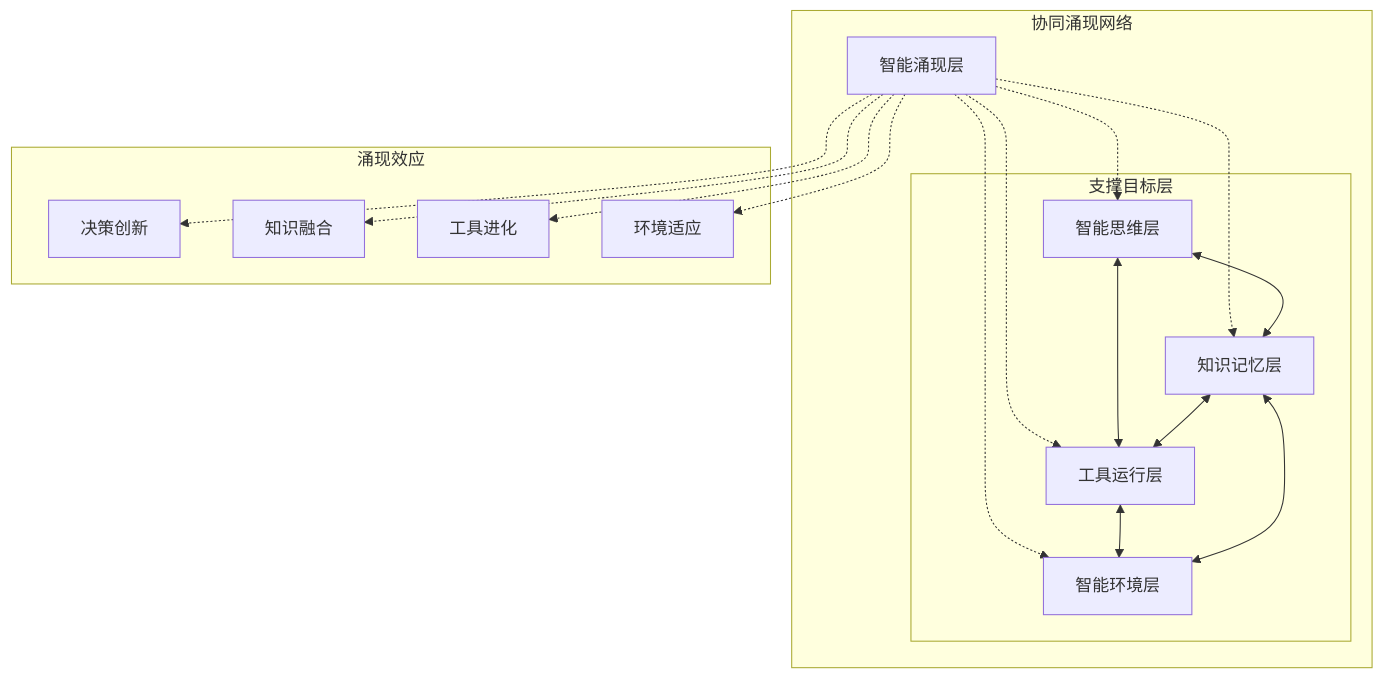
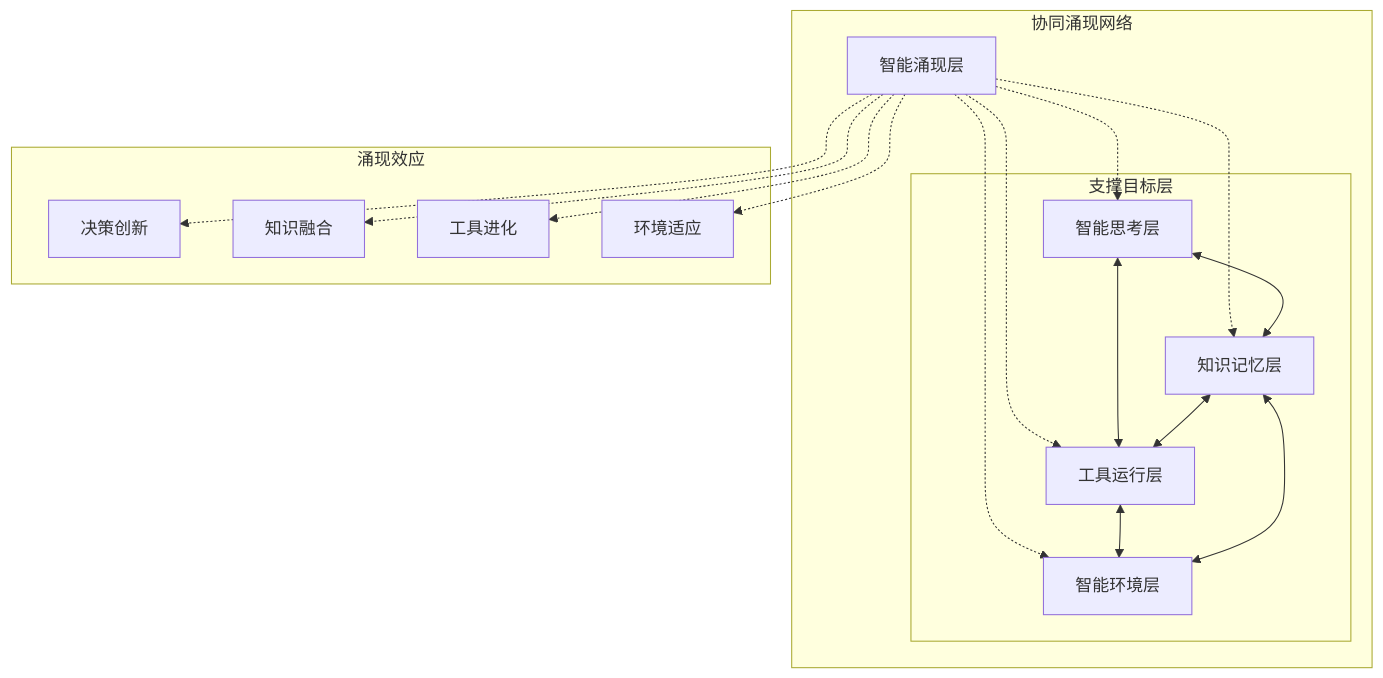
The seventh of 7 diagrams in 第五部分_核心进化/5.1_智能涌现/5.1.2_智能涌现层与其他核心层的关系分析.md (youyoude/agi-app-dev-guide-book), drawn with Mermaid before and after one commit. The commit also changed other lines of this file and 19 other files, not shown here.

````diff
--- a/第五部分_核心进化/5.1_智能涌现/5.1.2_智能涌现层与其他核心层的关系分析.md
+++ b/第五部分_核心进化/5.1_智能涌现/5.1.2_智能涌现层与其他核心层的关系分析.md
@@ -310,36 +310,36 @@
 ```mermaid
 graph TB
     subgraph "协同涌现网络"
         IE[智能涌现层]
         
         subgraph "支撑目标层"
-            IT[智能思维层]
+            IT[智能思考层]
             KM[知识记忆层]
             TR[工具运行层]
             ENV[智能环境层]
         end
         
         IE -.-> IT
         IE -.-> KM
         IE -.-> TR
         IE -.-> ENV
         
         IT <--> KM
         IT <--> TR
         KM <--> TR
         TR <--> ENV
         KM <--> ENV
     end
     
     subgraph "涌现效应"
         A[决策创新]
         B[知识融合]
         C[工具进化]
         D[环境适应]
     end
     
     IE -.-> A
     IE -.-> B
     IE -.-> C
     IE -.-> D
 ```
````
